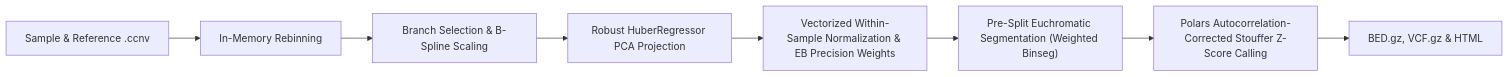
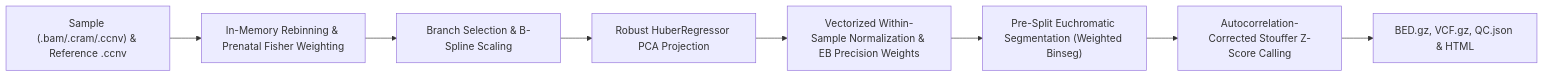
One commit to matthdsm/ccnv changed the third of 3 diagrams in docs/cli.md. Above: the diagram before and after it, drawn with Mermaid. The commit also changed other lines of this file and 67 other files, not shown here.

````diff
--- a/docs/cli.md
+++ b/docs/cli.md
@@ -137,10 +138,10 @@
 ```mermaid
 flowchart LR
-    A["Sample & Reference .ccnv"] --> B["In-Memory Rebinning"]
+    A["Sample (.bam/.cram/.ccnv) & Reference .ccnv"] --> B["In-Memory Rebinning & Prenatal Fisher Weighting"]
     B --> C["Branch Selection & B-Spline Scaling"]
     C --> D["Robust HuberRegressor PCA Projection"]
     D --> E["Vectorized Within-Sample Normalization & EB Precision Weights"]
     E --> F["Pre-Split Euchromatic Segmentation (Weighted Binseg)"]
-    F --> G["Polars Autocorrelation-Corrected Stouffer Z-Score Calling"]
-    G --> H["BED.gz, VCF.gz & HTML"]
+    F --> G["Autocorrelation-Corrected Stouffer Z-Score Calling"]
+    G --> H["BED.gz, VCF.gz, QC.json & HTML"]
 ```
````
